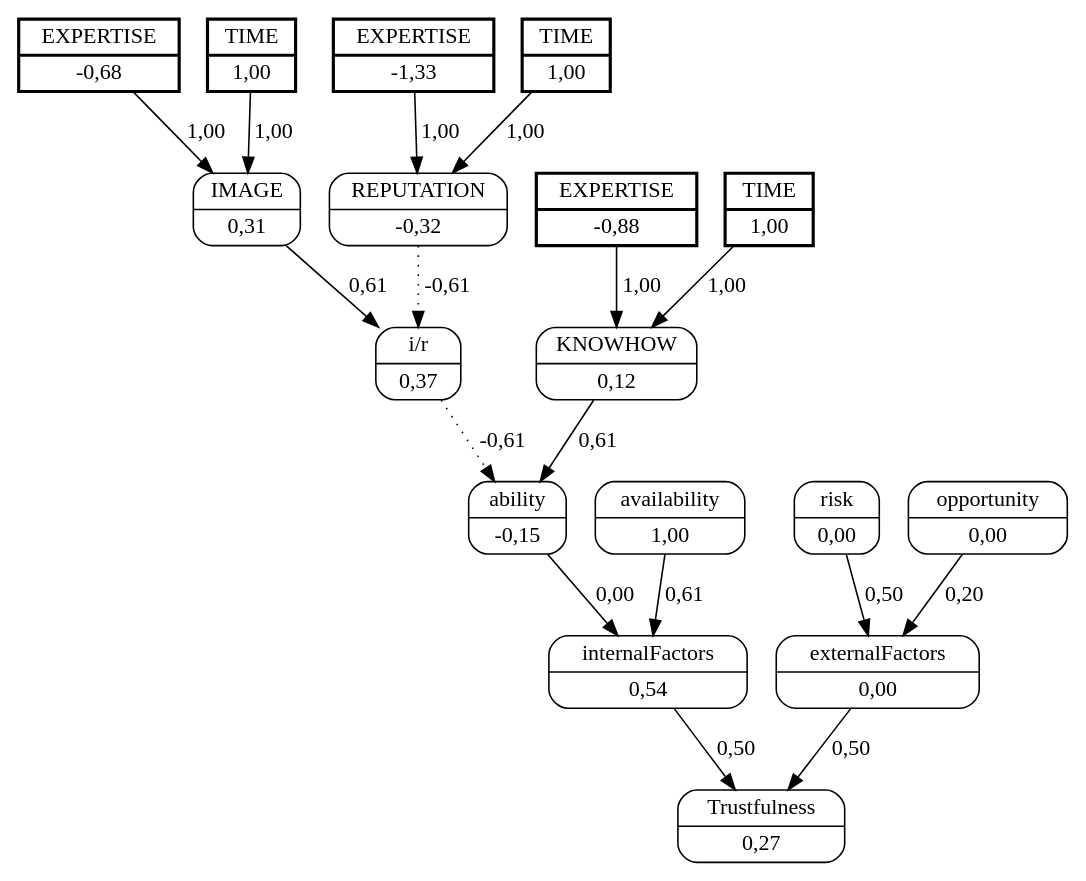
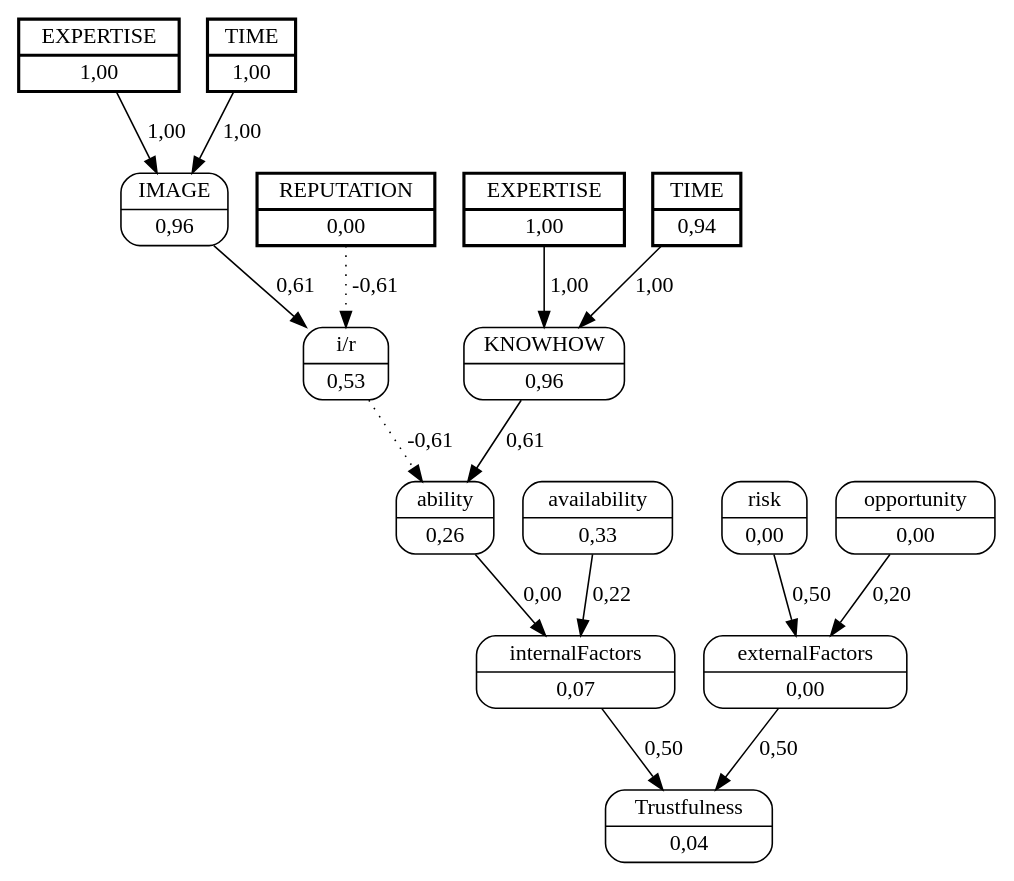
The diagram in unload_boxes/dots/truck_13worker_1.dot (jjbaqueta/unload_experiment), drawn with Graphviz before and after one commit. The commit also changed 61 other files, not shown here.

```diff
--- a/unload_boxes/dots/truck_13worker_1.dot
+++ b/unload_boxes/dots/truck_13worker_1.dot
@@ -1,38 +1,34 @@
 digraph FCM_net{
 	node [shape=record, style=rounded]
-	11 [label="{EXPERTISE | -0,68}", style=bold, penwidth=2, peripheries=2];
+	11 [label="{EXPERTISE | 1,00}", style=bold, penwidth=2, peripheries=2];
 	12 [label="{TIME | 1,00}", style=bold, penwidth=2, peripheries=2];
-	13 [label="{EXPERTISE | -1,33}", style=bold, penwidth=2, peripheries=2];
-	14 [label="{TIME | 1,00}", style=bold, penwidth=2, peripheries=2];
-	15 [label="{EXPERTISE | -0,88}", style=bold, penwidth=2, peripheries=2];
-	16 [label="{TIME | 1,00}", style=bold, penwidth=2, peripheries=2];
-	0 [label="{IMAGE | 0,31}"];
-	1 [label="{REPUTATION | -0,32}"];
-	2 [label="{KNOWHOW | 0,12}"];
-	3 [label="{i/r | 0,37}"];
-	4 [label="{ability | -0,15}"];
-	5 [label="{availability | 1,00}"];
-	6 [label="{internalFactors | 0,54}"];
+	1 [label="{REPUTATION | 0,00}", style=bold, penwidth=2, peripheries=2];
+	13 [label="{EXPERTISE | 1,00}", style=bold, penwidth=2, peripheries=2];
+	14 [label="{TIME | 0,94}", style=bold, penwidth=2, peripheries=2];
+	0 [label="{IMAGE | 0,96}"];
+	1 [label="{REPUTATION | 0,00}"];
+	2 [label="{KNOWHOW | 0,96}"];
+	3 [label="{i/r | 0,53}"];
+	4 [label="{ability | 0,26}"];
+	5 [label="{availability | 0,33}"];
+	6 [label="{internalFactors | 0,07}"];
 	7 [label="{risk | 0,00}"];
 	8 [label="{opportunity | 0,00}"];
 	9 [label="{externalFactors | 0,00}"];
-	10 [label="{Trustfulness | 0,27}"];
-	11 [label="{EXPERTISE | -0,68}"];
-	13 [label="{EXPERTISE | -1,33}"];
+	10 [label="{Trustfulness | 0,04}"];
+	11 [label="{EXPERTISE | 1,00}"];
 	0 -> 3 [label = "0,61"];
 	1 -> 3 [label = "-0,61", style=dotted];
 	3 -> 4 [label = "-0,61", style=dotted];
 	2 -> 4 [label = "0,61"];
 	4 -> 6 [label = "0,00"];
-	5 -> 6 [label = "0,61"];
+	5 -> 6 [label = "0,22"];
 	6 -> 10 [label = "0,50"];
 	7 -> 9 [label = "0,50"];
 	8 -> 9 [label = "0,20"];
 	9 -> 10 [label = "0,50"];
 	11 -> 0 [label = "1,00"];
 	12 -> 0 [label = "1,00"];
-	13 -> 1 [label = "1,00"];
-	14 -> 1 [label = "1,00"];
-	15 -> 2 [label = "1,00"];
-	16 -> 2 [label = "1,00"];
+	13 -> 2 [label = "1,00"];
+	14 -> 2 [label = "1,00"];
 }
```
